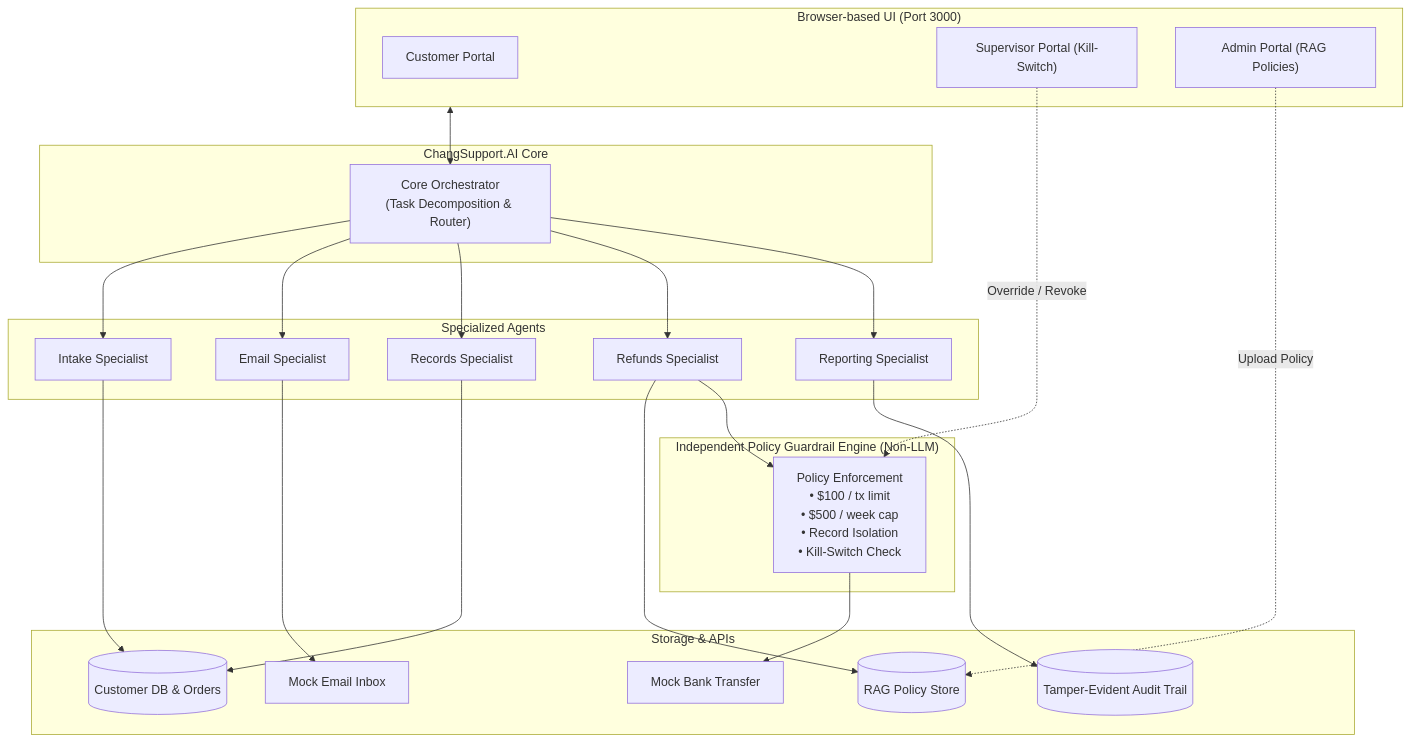
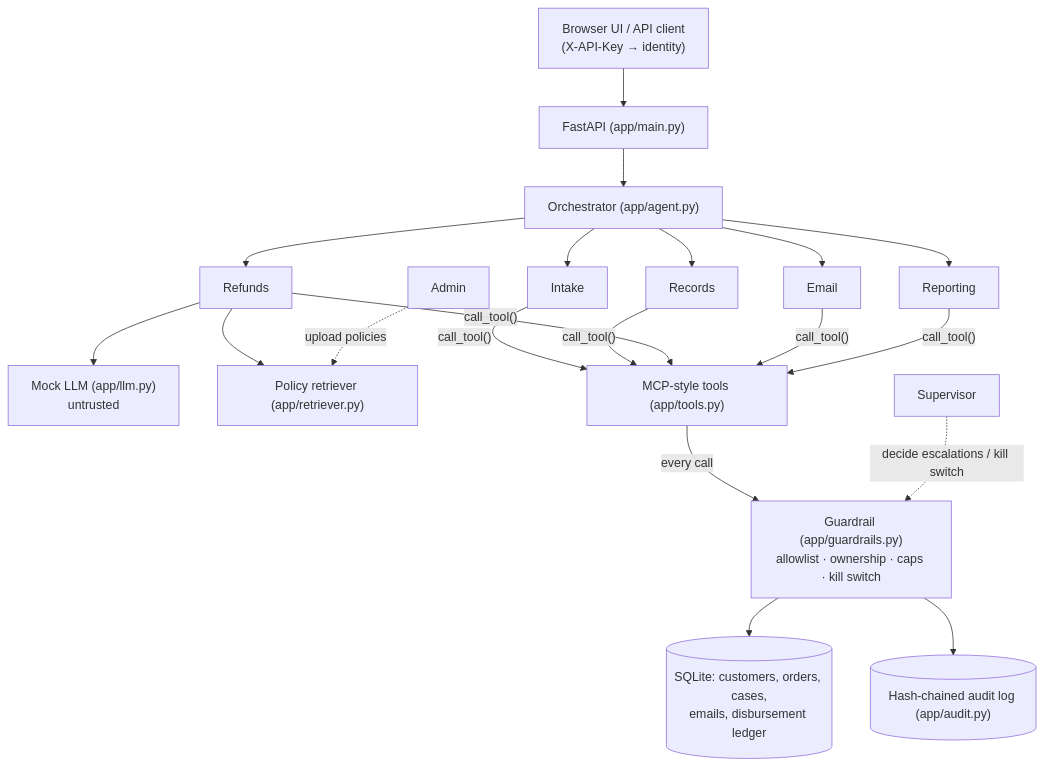
One commit to sujihancock/CSEN296-PROJECT-TEAM4 changed the diagram in README.md. Above: the diagram before and after it, drawn with Mermaid. The commit also changed other lines of this file and 12 other files, not shown here.

````diff
--- a/README.md
+++ b/README.md
@@ -24,50 +42,14 @@
 ```mermaid
 flowchart TD
-    subgraph UI ["Browser-based UI (Port 3000)"]
-        CustomerUI["Customer Portal"]
-        SupervisorUI["Supervisor Portal (Kill-Switch)"]
-        AdminUI["Admin Portal (RAG Policies)"]
-    end
-
-    subgraph Core ["ChangSupport.AI Core"]
-        Orchestrator["Core Orchestrator<br/>(Task Decomposition & Router)"]
-    end
-
-    subgraph Agents ["Specialized Agents"]
-        Intake["Intake Specialist"]
-        Email["Email Specialist"]
-        Records["Records Specialist"]
-        Refunds["Refunds Specialist"]
-        Reporting["Reporting Specialist"]
-    end
-
-    subgraph PolicyLayer ["Independent Policy Guardrail Engine (Non-LLM)"]
-        Guardrails["Policy Enforcement<br/>• $100 / tx limit<br/>• $500 / week cap<br/>• Record Isolation<br/>• Kill-Switch Check"]
-    end
-
-    subgraph Resources ["Storage & APIs"]
-        RAG[("RAG Policy Store")]
-        DB[("Customer DB & Orders")]
-        BankAPI["Mock Bank Transfer"]
-        AuditLog[("Tamper-Evident Audit Trail")]
-        MockEmail["Mock Email Inbox"]
-    end
-
-    UI <--> Orchestrator
-    Orchestrator --> Intake
-    Orchestrator --> Email
-    Orchestrator --> Records
-    Orchestrator --> Refunds
-    Orchestrator --> Reporting
-
-    Intake --> DB
-    Email --> MockEmail
-    Records --> DB
-    Refunds --> RAG
-    Refunds --> Guardrails
-    Guardrails --> BankAPI
-    Reporting --> AuditLog
-
-    SupervisorUI -.->|"Override / Revoke"| Guardrails
-    AdminUI -.->|"Upload Policy"| RAG
+    UI["Browser UI / API client<br/>(X-API-Key → identity)"] --> API["FastAPI (app/main.py)"]
+    API --> Orch["Orchestrator (app/agent.py)"]
+    Orch --> Intake & Records & Refunds & Email & Reporting
+    Refunds --> LLM["Mock LLM (app/llm.py)<br/>untrusted"]
+    Refunds --> RAG["Policy retriever (app/retriever.py)"]
+    Intake & Records & Refunds & Email & Reporting -->|"call_tool()"| Tools["MCP-style tools (app/tools.py)"]
+    Tools -->|"every call"| G["Guardrail (app/guardrails.py)<br/>allowlist · ownership · caps · kill switch"]
+    G --> DB[("SQLite: customers, orders, cases,<br/>emails, disbursement ledger")]
+    G --> Audit[("Hash-chained audit log (app/audit.py)")]
+    Sup["Supervisor"] -.->|"decide escalations / kill switch"| G
+    Admin["Admin"] -.->|"upload policies"| RAG
 ```
````
